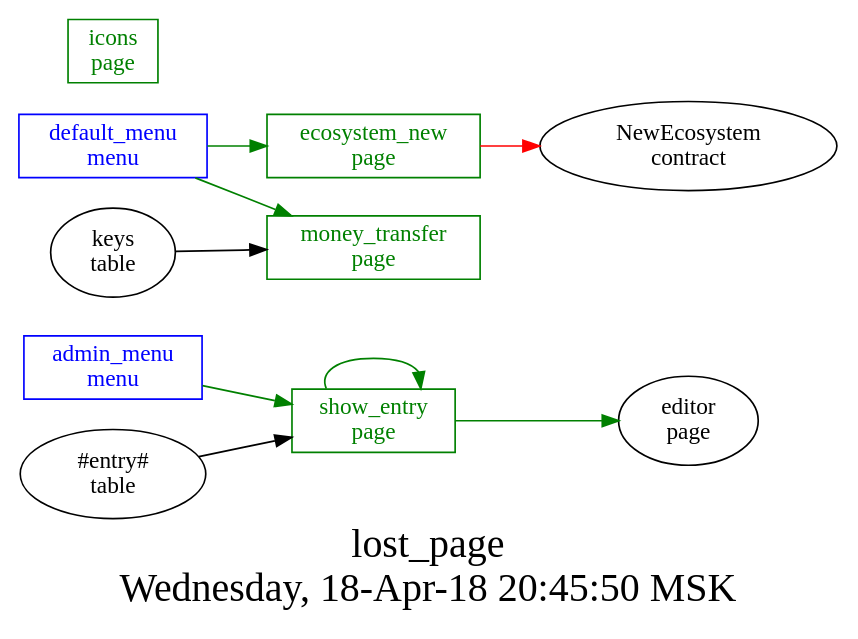
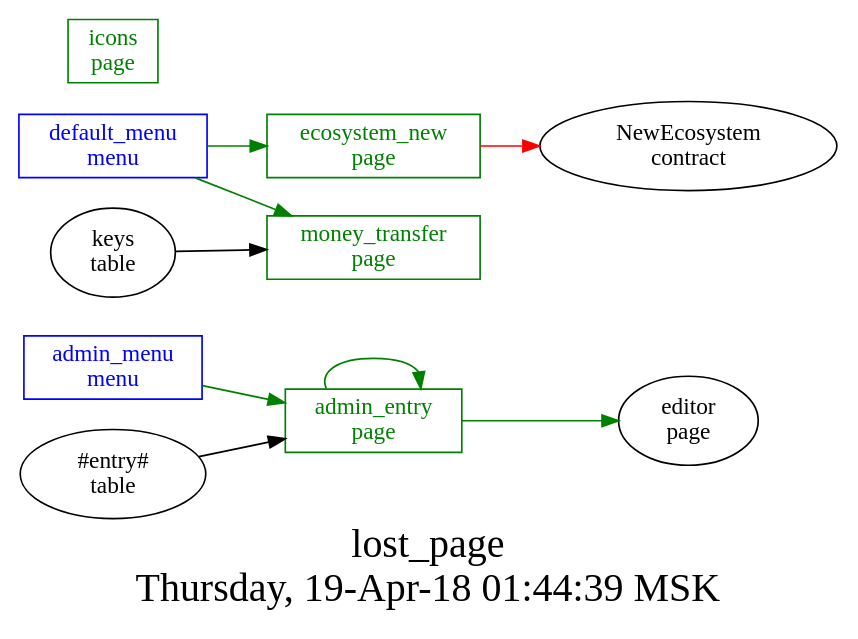
One commit to AplaProject/apps changed the diagram in src/lost_pages/struct.dot. Above: the diagram before and after it, drawn with Graphviz. The commit also changed 6 other files, not shown here.

```diff
--- a/src/lost_pages/struct.dot
+++ b/src/lost_pages/struct.dot
@@ -1,24 +1,24 @@
 digraph G {
 graph [
   fontsize="24";
-  label="lost_page\nWednesday, 18-Apr-18 20:45:50 MSK";
+  label="lost_page\nThursday, 19-Apr-18 01:44:39 MSK";
   nojustify=true;
   ordering=out;
   rankdir=LR;
   size="30";
 ];
-"admin_menu\nmenu" -> "show_entry\npage"  [ color=green ]
+"admin_menu\nmenu" -> "admin_entry\npage"  [ color=green ]
 "admin_menu\nmenu" [color=blue, fontcolor=blue, group=menus, shape=record];
 "default_menu\nmenu" -> "ecosystem_new\npage"  [ color=green ]
 "default_menu\nmenu" -> "money_transfer\npage"  [ color=green ]
 "default_menu\nmenu" [color=blue, fontcolor=blue, group=menus, shape=record];
+"#entry#\ntable" -> "admin_entry\npage"  [ color="" ]
+"admin_entry\npage" -> "admin_entry\npage"  [ color=green ]
+"admin_entry\npage" -> "editor\npage"  [ color=green ]
+"admin_entry\npage" [color=green, fontcolor=green, group=pages, shape=record];
 "ecosystem_new\npage" -> "NewEcosystem\ncontract"  [ color=red ]
 "ecosystem_new\npage" [color=green, fontcolor=green, group=pages, shape=record];
 "icons\npage" [color=green, fontcolor=green, group=pages, shape=record];
 "keys\ntable" -> "money_transfer\npage"  [ color="" ]
 "money_transfer\npage" [color=green, fontcolor=green, group=pages, shape=record];
-"#entry#\ntable" -> "show_entry\npage"  [ color="" ]
-"show_entry\npage" -> "show_entry\npage"  [ color=green ]
-"show_entry\npage" -> "editor\npage"  [ color=green ]
-"show_entry\npage" [color=green, fontcolor=green, group=pages, shape=record];
 }
```
